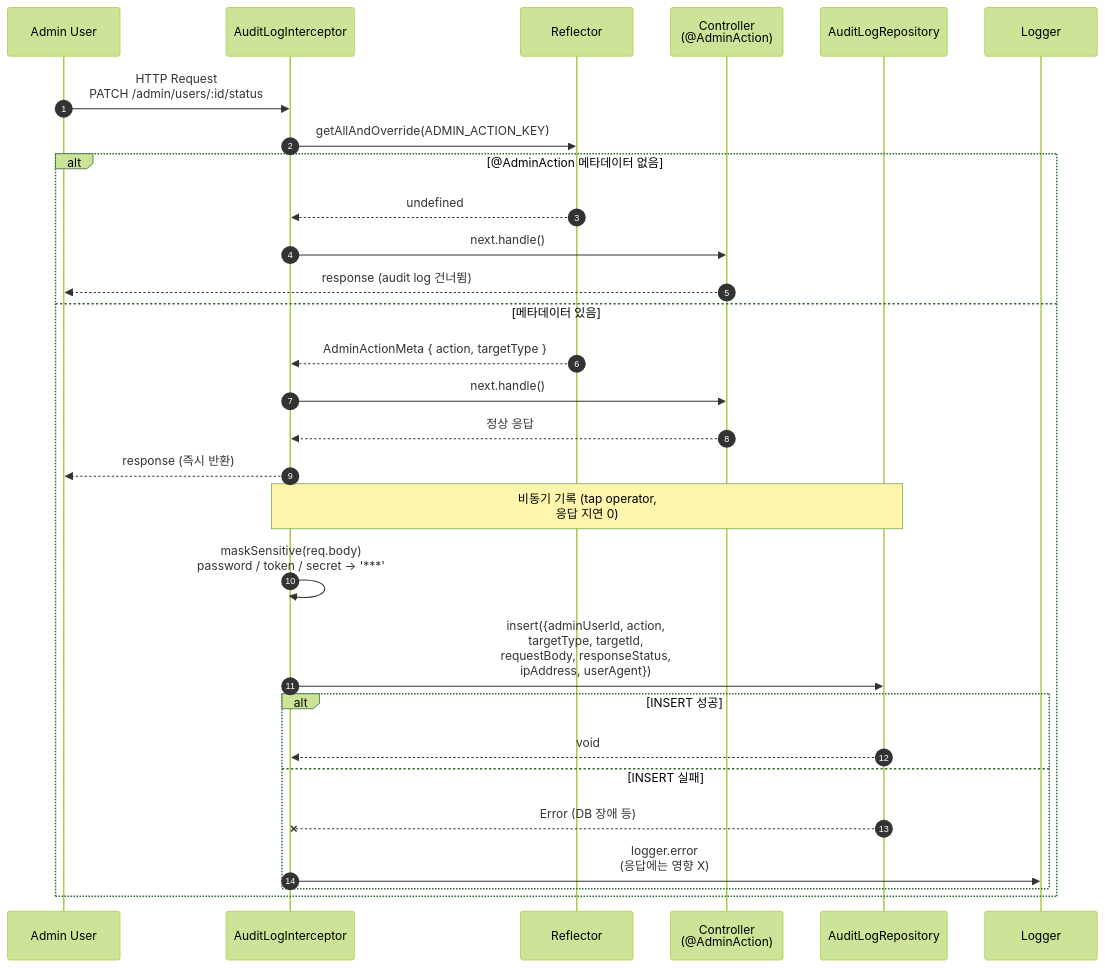
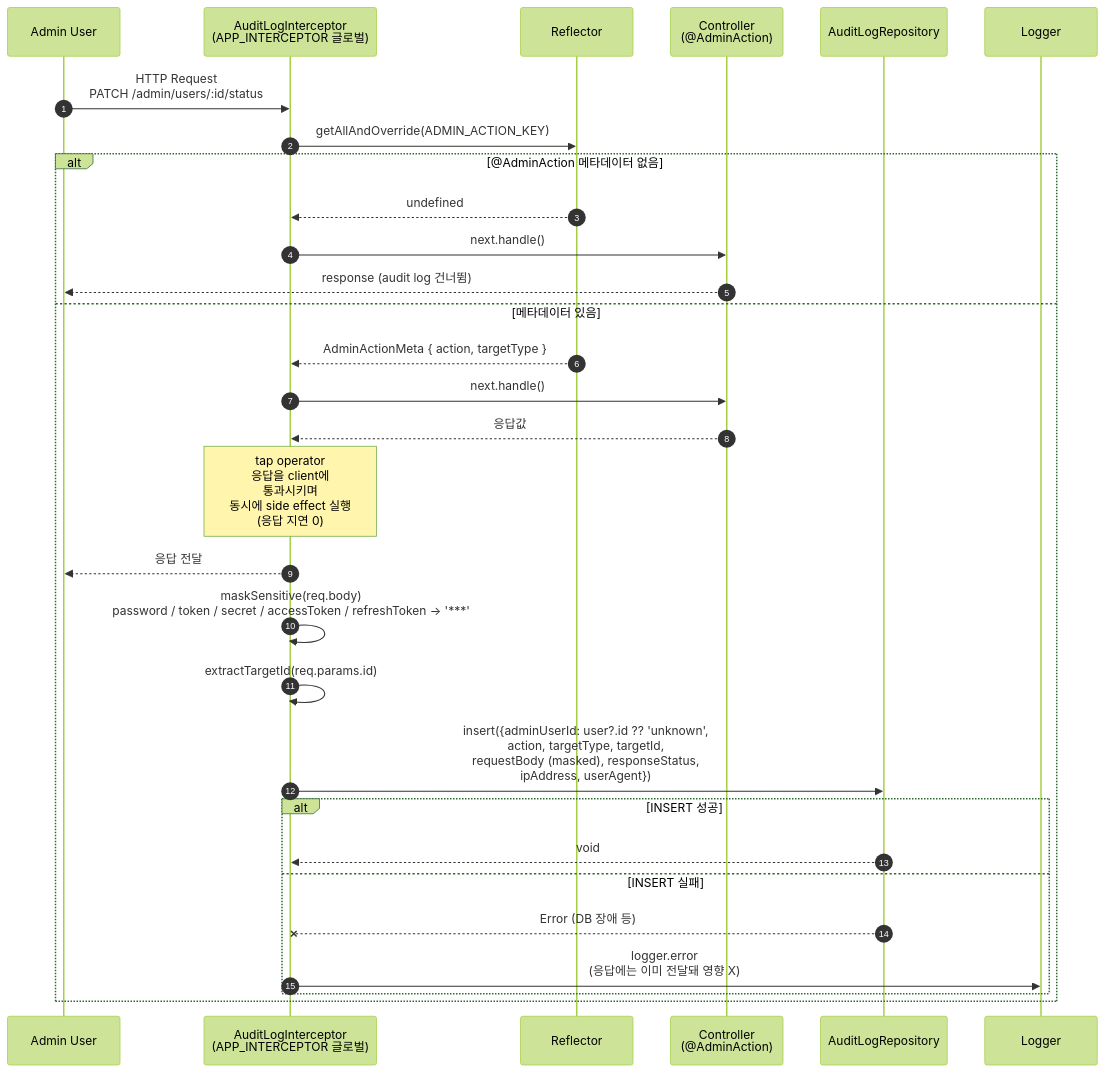
Before and after one commit to Wara-by-Gara/Wara: the diagram in docs/architecture/audit-log-interceptor.mmd, drawn with Mermaid (forest theme). The commit also changed 1 other file, not shown here.

Commit message:
docs(architecture): audit-log-interceptor 다이어그램 명확화
내부 정밀 검토 후 보완.

- tap operator 동작을 "즉시 반환" → "응답을 client에 통과시키며 동시에
  side effect 실행 (응답 지연 0)"로 정확화
- AuditLogInterceptor가 APP_INTERCEPTOR 글로벌 등록임을 명시
- 마스킹 대상 필드 5종(password/token/secret/accessToken/refreshToken)
  명시
- adminUserId의 fallback 'unknown' 표시
- extractTargetId가 req.params.id에서 추출하는 점 명시

```diff
--- a/docs/architecture/audit-log-interceptor.mmd
+++ b/docs/architecture/audit-log-interceptor.mmd
@@ -1,34 +1,36 @@
 sequenceDiagram
     autonumber
     participant Client as Admin User
-    participant Interceptor as AuditLogInterceptor
+    participant Interceptor as AuditLogInterceptor<br/>(APP_INTERCEPTOR 글로벌)
     participant Reflector
     participant Handler as Controller<br/>(@AdminAction)
     participant Repo as AuditLogRepository
     participant Logger
 
     Client->>Interceptor: HTTP Request<br/>PATCH /admin/users/:id/status
     Interceptor->>Reflector: getAllAndOverride(ADMIN_ACTION_KEY)
 
     alt @AdminAction 메타데이터 없음
         Reflector-->>Interceptor: undefined
         Interceptor->>Handler: next.handle()
         Handler-->>Client: response (audit log 건너뜀)
     else 메타데이터 있음
         Reflector-->>Interceptor: AdminActionMeta { action, targetType }
         Interceptor->>Handler: next.handle()
-        Handler-->>Interceptor: 정상 응답
-        Interceptor-->>Client: response (즉시 반환)
+        Handler-->>Interceptor: 응답값
 
-        Note over Interceptor,Repo: 비동기 기록 (tap operator,<br/>응답 지연 0)
+        Note over Interceptor: tap operator<br/>응답을 client에<br/>통과시키며<br/>동시에 side effect 실행<br/>(응답 지연 0)
 
-        Interceptor->>Interceptor: maskSensitive(req.body)<br/>password / token / secret → '***'
-        Interceptor->>Repo: insert({adminUserId, action,<br/>targetType, targetId,<br/>requestBody, responseStatus,<br/>ipAddress, userAgent})
+        Interceptor-->>Client: 응답 전달
+
+        Interceptor->>Interceptor: maskSensitive(req.body)<br/>password / token / secret / accessToken / refreshToken → '***'
+        Interceptor->>Interceptor: extractTargetId(req.params.id)
+        Interceptor->>Repo: insert({adminUserId: user?.id ?? 'unknown',<br/>action, targetType, targetId,<br/>requestBody (masked), responseStatus,<br/>ipAddress, userAgent})
 
         alt INSERT 성공
             Repo-->>Interceptor: void
         else INSERT 실패
             Repo--xInterceptor: Error (DB 장애 등)
-            Interceptor->>Logger: logger.error<br/>(응답에는 영향 X)
+            Interceptor->>Logger: logger.error<br/>(응답에는 이미 전달돼 영향 X)
         end
     end
```
